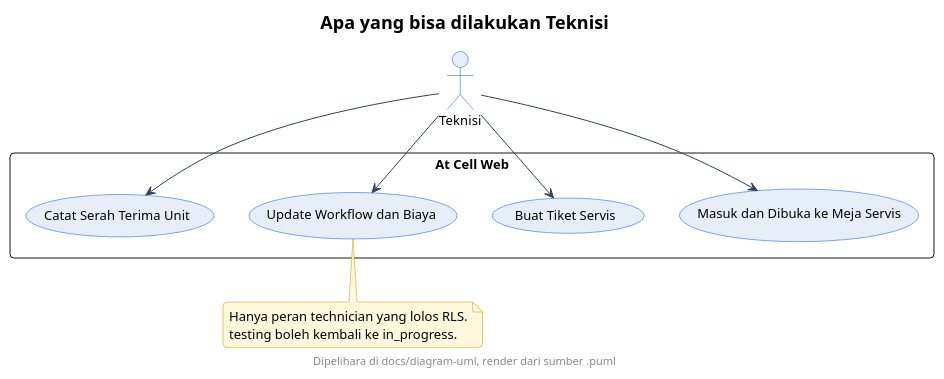
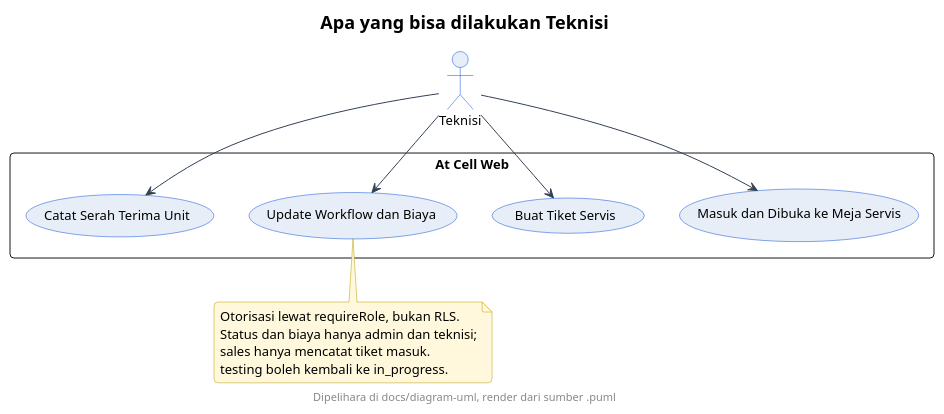
Before and after one commit to neiaki/KP: the diagram in docs/diagram-uml/teknisi/usecase-teknisi.puml, drawn with PlantUML. The commit also changed 39 other files, not shown here.

First line of the commit message:
docs: audit dokumen 27 Oktober dan sinkronkan status

```diff
--- a/docs/diagram-uml/teknisi/usecase-teknisi.puml
+++ b/docs/diagram-uml/teknisi/usecase-teknisi.puml
@@ -1,60 +1,62 @@
 @startuml
 ' --- gaya At Cell (inline, mandiri utk server publik) ---
 skinparam backgroundColor #FFFFFF
 skinparam shadowing false
 skinparam roundcorner 8
 skinparam defaultFontName sans-serif
 skinparam defaultFontSize 13
 skinparam titleFontSize 18
 skinparam titleFontStyle bold
 skinparam headerFontSize 11
 skinparam footerFontSize 11
 skinparam noteBackgroundColor #FFF8DC
 skinparam noteBorderColor #B89B00
 skinparam actorBackgroundColor #E8EEF7
 skinparam actorBorderColor #0B4ED8
 skinparam participantBackgroundColor #E8EEF7
 skinparam participantBorderColor #0B4ED8
 skinparam usecaseBackgroundColor #E8EEF7
 skinparam usecaseBorderColor #0B4ED8
 skinparam classBackgroundColor #E8EEF7
 skinparam classBorderColor #0B4ED8
 skinparam objectBackgroundColor #EEF3FA
 skinparam objectBorderColor #0B4ED8
 skinparam activityBackgroundColor #E8EEF7
 skinparam activityBorderColor #0B4ED8
 skinparam activityDiamondBackgroundColor #FFFFFF
 skinparam activityDiamondBorderColor #0B4ED8
 skinparam stateBackgroundColor #E8EEF7
 skinparam stateBorderColor #0B4ED8
 skinparam stateStartColor #0B4ED8
 skinparam stateEndColor #0B4ED8
 skinparam componentBackgroundColor #E8EEF7
 skinparam componentBorderColor #0B4ED8
 skinparam cloudBackgroundColor #F2F5FA
 skinparam cloudBorderColor #5B6B82
 skinparam databaseBackgroundColor #E8EEF7
 skinparam databaseBorderColor #0B4ED8
 skinparam entityBackgroundColor #E8EEF7
 skinparam entityBorderColor #0B4ED8
 skinparam sequenceArrowColor #334155
 skinparam sequenceLifeLineBorderColor #0B4ED8
 skinparam sequenceParticipantBorderColor #0B4ED8
 footer Dipelihara di docs/diagram-uml, render dari sumber .puml
 title Apa yang bisa dilakukan Teknisi
 actor Teknisi as T
 rectangle "At Cell Web" {
   usecase "Masuk dan Dibuka ke Meja Servis" as MasukServis
   usecase "Buat Tiket Servis" as BuatTiket
   usecase "Update Workflow dan Biaya" as UpdateTiket
   usecase "Catat Serah Terima Unit" as SerahTerima
 }
 T --> MasukServis
 T --> BuatTiket
 T --> UpdateTiket
 T --> SerahTerima
 note bottom of UpdateTiket
-  Hanya peran technician yang lolos RLS.
+  Otorisasi lewat requireRole, bukan RLS.
+  Status dan biaya hanya admin dan teknisi;
+  sales hanya mencatat tiket masuk.
   testing boleh kembali ke in_progress.
 end note
 @enduml
```
